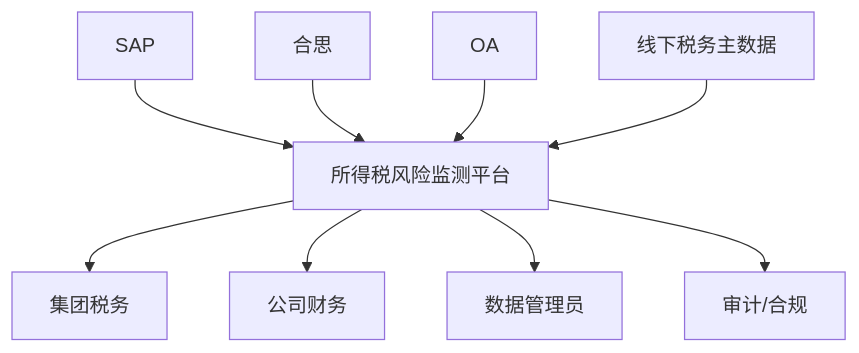
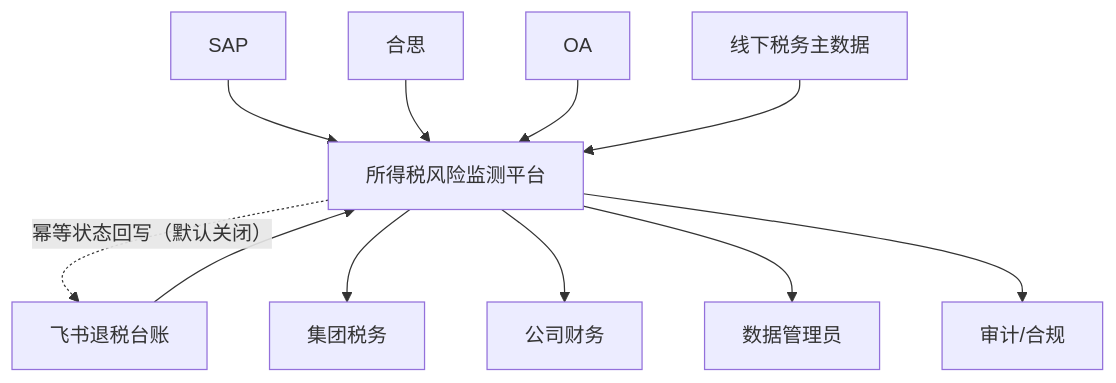
One commit to sisibeloved/tax_monitor_platform changed the second of 2 diagrams in docs/design/architecture/2026-07-12-group-income-tax-risk-monitoring-platform-architecture.md. Above: the diagram before and after it, drawn with Mermaid. The commit also changed other lines of this file and 169 other files, not shown here.

````diff
--- a/docs/design/architecture/2026-07-12-group-income-tax-risk-monitoring-platform-architecture.md
+++ b/docs/design/architecture/2026-07-12-group-income-tax-risk-monitoring-platform-architecture.md
@@ -144,11 +152,13 @@
 ```mermaid
 flowchart TB
     SAP --> P["所得税风险监测平台"]
     HESI["合思"] --> P
     OA --> P
+    LARK["飞书退税台账"] --> P
     XLS["线下税务主数据"] --> P
+    P -.->|幂等状态回写（默认关闭）| LARK
     P --> GT["集团税务"]
     P --> CF["公司财务"]
     P --> DA["数据管理员"]
     P --> AU["审计/合规"]
 ```
````
